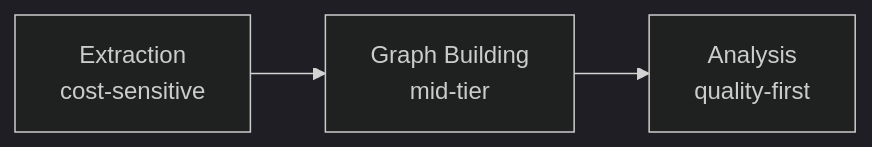
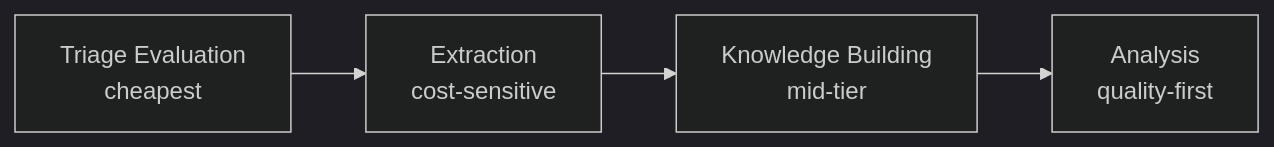
Before and after one commit to G-Ivan-A/aether-orbis: the sixth of 8 diagrams in docs/architecture.md, drawn with Mermaid (dark theme). The commit also changed other lines of this file and 3 other files, not shown here.

First line of the commit message:
docs: sync architecture.md and roadmap.md with Phase 1 implementation

````diff
--- a/docs/architecture.md
+++ b/docs/architecture.md
@@ -177,4 +210,4 @@
 ```mermaid
 graph LR
-    E[Extraction<br/>cost-sensitive] --> G[Graph Building<br/>mid-tier] --> A[Analysis<br/>quality-first]
+    T[Triage Evaluation<br/>cheapest] --> E[Extraction<br/>cost-sensitive] --> K[Knowledge Building<br/>mid-tier] --> A[Analysis<br/>quality-first]
 ```
````
